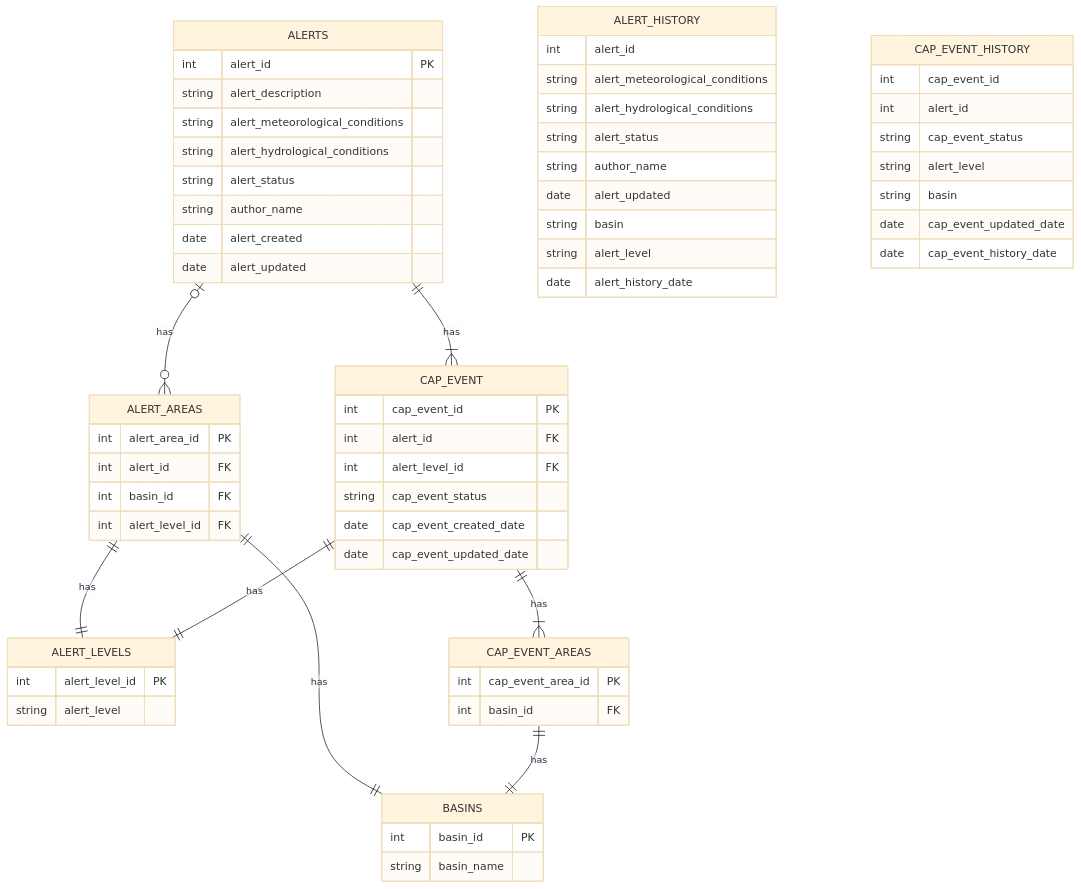
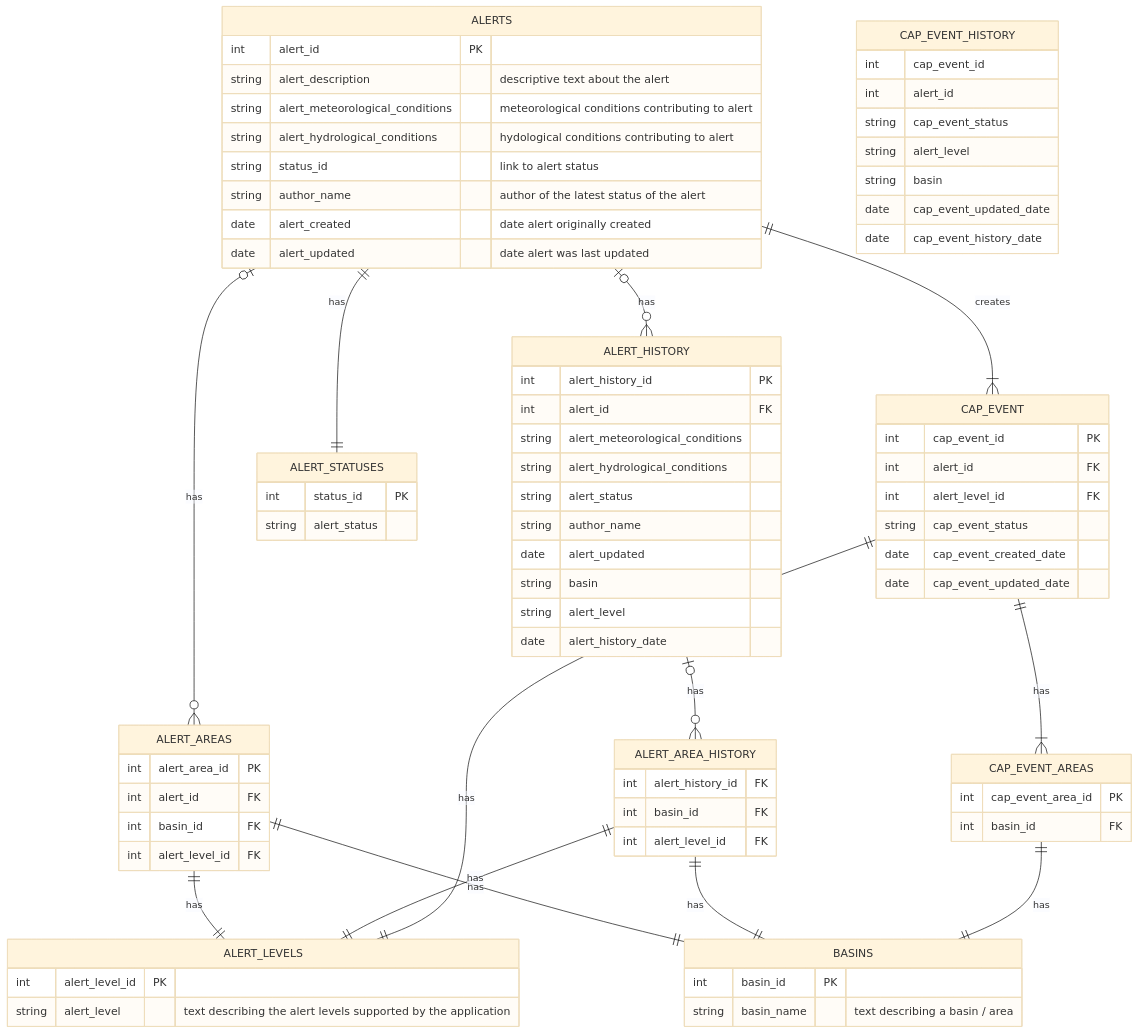
The diagram in docs/database.md (bcgov/nr-rfc-alertauthoring), drawn with Mermaid (base theme) before and after one commit. The commit also changed 25 other files, not shown here.

````diff
--- a/docs/database.md
+++ b/docs/database.md
@@ -7,17 +7,17 @@
 erDiagram
     ALERTS {
         int alert_id PK
-        string alert_description 
-        string alert_meteorological_conditions
-        string alert_hydrological_conditions
-        string alert_status
-        string author_name
-        date alert_created
-        date alert_updated
+        string alert_description "descriptive text about the alert"
+        string alert_meteorological_conditions "meteorological conditions contributing to alert"
+        string alert_hydrological_conditions "hydological conditions contributing to alert"
+        string status_id "link to alert status"
+        string author_name "author of the latest status of the alert"
+        date alert_created "date alert originally created"
+        date alert_updated "date alert was last updated"
     }
     ALERT_LEVELS {
         int alert_level_id PK
-        string alert_level
+        string alert_level "text describing the alert levels supported by the application"
     }
     ALERT_AREAS {
         int alert_area_id PK
@@ -27,7 +27,29 @@
     }
     BASINS {
         int basin_id PK
-        string basin_name
+        string basin_name "text describing a basin / area"
+    }
+    ALERT_HISTORY {
+        int alert_history_id PK
+        int alert_id FK
+        string alert_meteorological_conditions
+        string alert_hydrological_conditions
+        string alert_status
+        string author_name
+        date alert_updated
+        string basin
+        string alert_level
+        date alert_history_date
+    }
+    ALERT_AREA_HISTORY {
+        int alert_history_id FK
+        int basin_id FK
+        int alert_level_id FK
+
+    }
+    ALERT_STATUSES {
+      int status_id PK
+      string alert_status
     }
     CAP_EVENT {
         int cap_event_id PK
@@ -41,17 +63,6 @@
         int cap_event_area_id PK
         int basin_id FK
     }
-    ALERT_HISTORY {
-        int alert_id
-        string alert_meteorological_conditions
-        string alert_hydrological_conditions
-        string alert_status
-        string author_name
-        date alert_updated
-        string basin
-        string alert_level
-        date alert_history_date
-    }
     CAP_EVENT_HISTORY {
         int cap_event_id
         int alert_id
@@ -63,11 +74,18 @@
     }
 
 
-    ALERTS o| --o{ ALERT_AREAS: "has"
+    ALERTS |o --o{ ALERT_AREAS: "has"
+    ALERTS || --||  ALERT_STATUSES: "has"
     ALERT_AREAS || --|| ALERT_LEVELS: "has"
     ALERT_AREAS || --|| BASINS: "has"
+    ALERTS o| --o{ ALERT_HISTORY: "has"
+    ALERT_HISTORY o| --o{ ALERT_AREA_HISTORY: "has"
+    ALERT_AREA_HISTORY || --|| ALERT_LEVELS: "has"
+    ALERT_AREA_HISTORY || --|| BASINS: "has"
     CAP_EVENT || --|{ CAP_EVENT_AREAS: "has"
     CAP_EVENT || --|| ALERT_LEVELS: "has"
-    ALERTS || --|{ CAP_EVENT: "has"
+    ALERTS || --|{ CAP_EVENT: "creates"
     CAP_EVENT_AREAS || --|| BASINS: "has"
+
+
 ```
````
